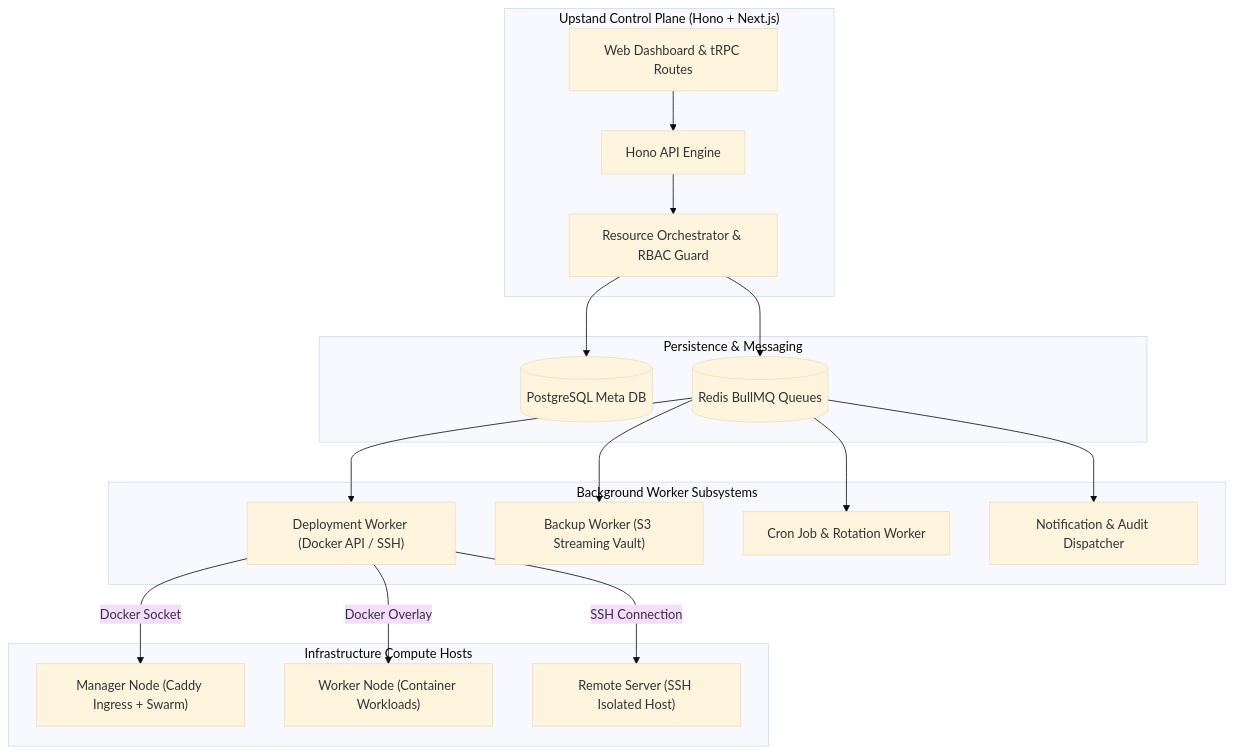
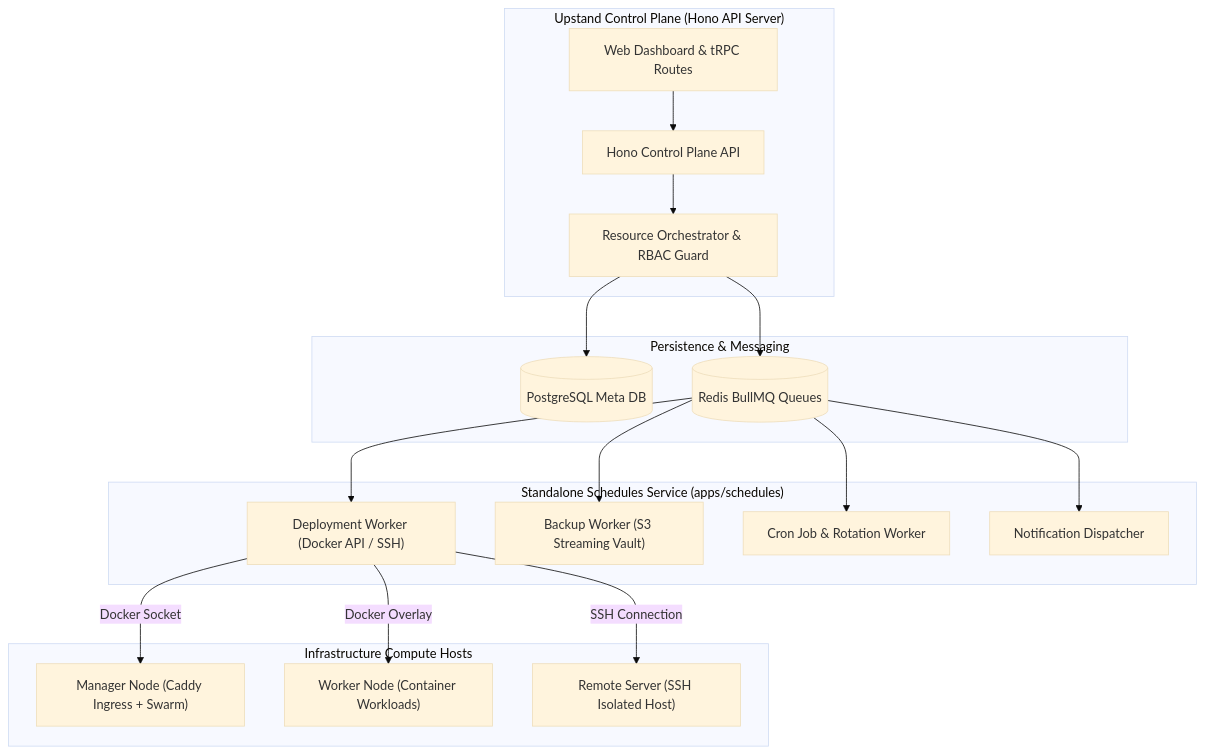
The diagram in apps/fumadocs/content/docs/operations/infrastructure.mdx (mhbdev/upstand), drawn with Mermaid (base theme) before and after one commit. The commit also changed other lines of this file and 39 other files, not shown here.

Commit message:
release: v0.1.146 - Standalone Schedules Microservice & Fumadocs Architecture

````diff
--- a/apps/fumadocs/content/docs/operations/infrastructure.mdx
+++ b/apps/fumadocs/content/docs/operations/infrastructure.mdx
@@ -12,37 +12,37 @@
 ```mermaid
 flowchart TD
-    subgraph ControlPlane["Upstand Control Plane (Hono + Next.js)"]
+    subgraph ControlPlane["Upstand Control Plane (Hono API Server)"]
         UI["Web Dashboard & tRPC Routes"]
-        APIServer["Hono API Engine"]
+        APIServer["Hono Control Plane API"]
         Orchestration["Resource Orchestrator & RBAC Guard"]
         UI --> APIServer
         APIServer --> Orchestration
     end
 
     subgraph DataStore["Persistence & Messaging"]
         Postgres[(PostgreSQL Meta DB)]
         Redis[(Redis BullMQ Queues)]
         Orchestration --> Postgres
         Orchestration --> Redis
     end
 
-    subgraph WorkerPool["Background Worker Subsystems"]
+    subgraph WorkerPool["Standalone Schedules Service (apps/schedules)"]
         DeployWorker["Deployment Worker (Docker API / SSH)"]
         BackupWorker["Backup Worker (S3 Streaming Vault)"]
         CronWorker["Cron Job & Rotation Worker"]
-        NotificationWorker["Notification & Audit Dispatcher"]
+        NotificationWorker["Notification Dispatcher"]
         Redis --> DeployWorker
         Redis --> BackupWorker
         Redis --> CronWorker
         Redis --> NotificationWorker
     end
 
     subgraph TargetHosts["Infrastructure Compute Hosts"]
         Host1["Manager Node (Caddy Ingress + Swarm)"]
         Host2["Worker Node (Container Workloads)"]
         Host3["Remote Server (SSH Isolated Host)"]
         DeployWorker -->|Docker Socket| Host1
         DeployWorker -->|Docker Overlay| Host2
         DeployWorker -->|SSH Connection| Host3
     end
 ```
````
